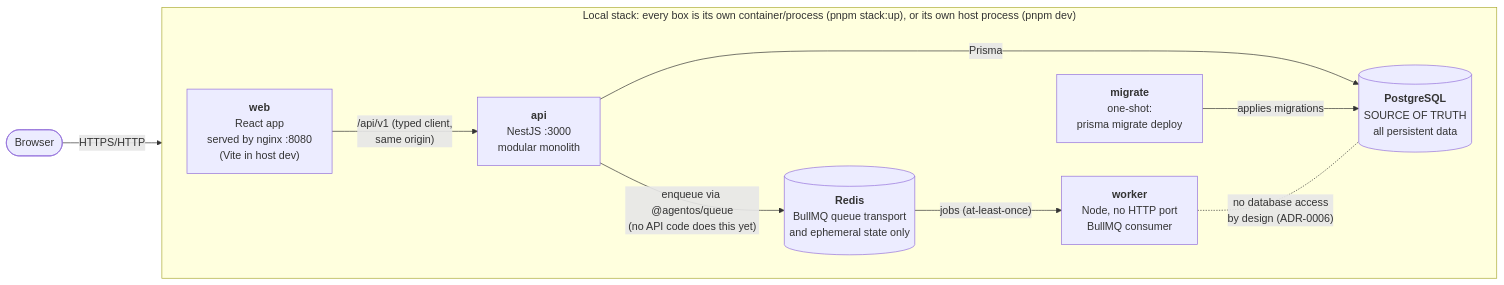
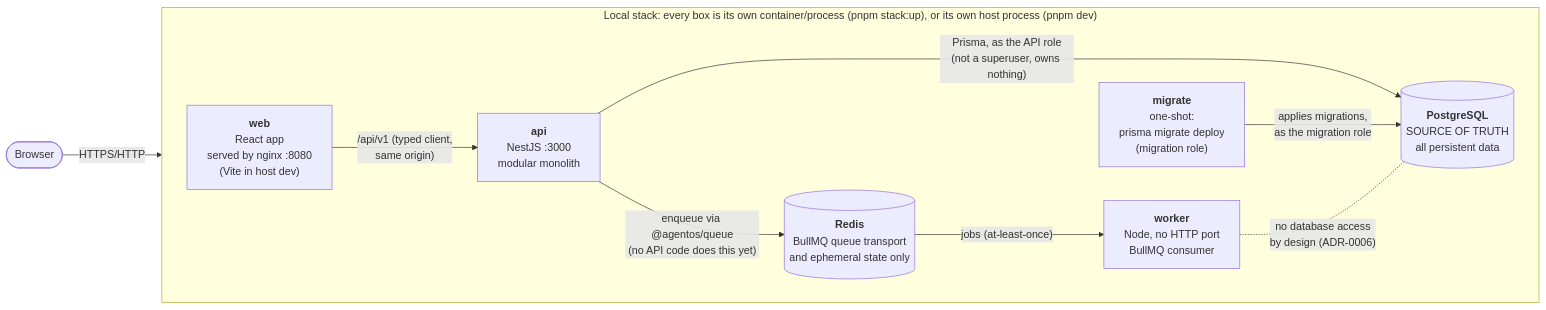
One commit to ehsanEbr/AgenOS changed the first of 2 diagrams in docs/architecture/system-overview.md. Above: the diagram before and after it, drawn with Mermaid. The commit also changed other lines of this file and 9 other files, not shown here.

````diff
--- a/docs/architecture/system-overview.md
+++ b/docs/architecture/system-overview.md
@@ -8,22 +8,22 @@
 ```mermaid
 flowchart LR
   user(["Browser"])
 
   subgraph stack ["Local stack: every box is its own container/process (pnpm stack:up), or its own host process (pnpm dev)"]
     direction LR
     web["<b>web</b><br/>React app<br/>served by nginx :8080<br/>(Vite in host dev)"]
     api["<b>api</b><br/>NestJS :3000<br/>modular monolith"]
     worker["<b>worker</b><br/>Node, no HTTP port<br/>BullMQ consumer"]
-    migrate["<b>migrate</b><br/>one-shot:<br/>prisma migrate deploy"]
+    migrate["<b>migrate</b><br/>one-shot:<br/>prisma migrate deploy<br/>(migration role)"]
     pg[("<b>PostgreSQL</b><br/>SOURCE OF TRUTH<br/>all persistent data")]
     redis[("<b>Redis</b><br/>BullMQ queue transport<br/>and ephemeral state only")]
   end
 
   user -- "HTTPS/HTTP" --> web
   web -- "/api/v1 (typed client,<br/>same origin)" --> api
-  api -- "Prisma" --> pg
-  migrate -- "applies migrations" --> pg
+  api -- "Prisma, as the API role<br/>(not a superuser, owns nothing)" --> pg
+  migrate -- "applies migrations,<br/>as the migration role" --> pg
   api -- "enqueue via @agentos/queue<br/>(no API code does this yet)" --> redis
   redis -- "jobs (at-least-once)" --> worker
   worker -. "no database access<br/>by design (ADR-0006)" .- pg
 ```
````
